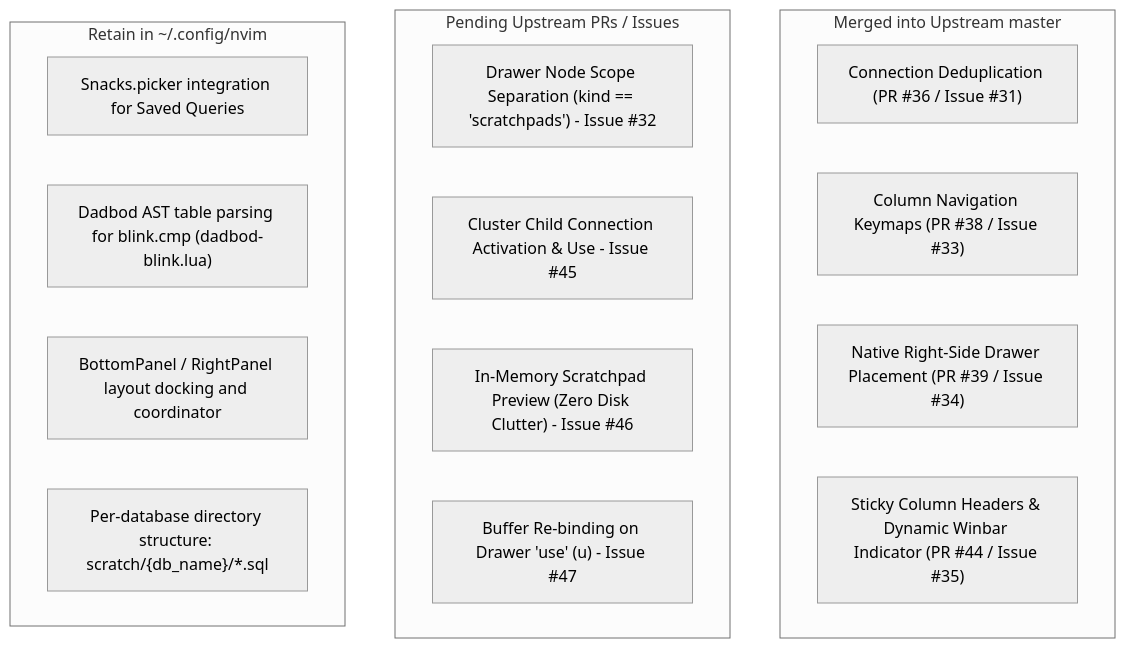
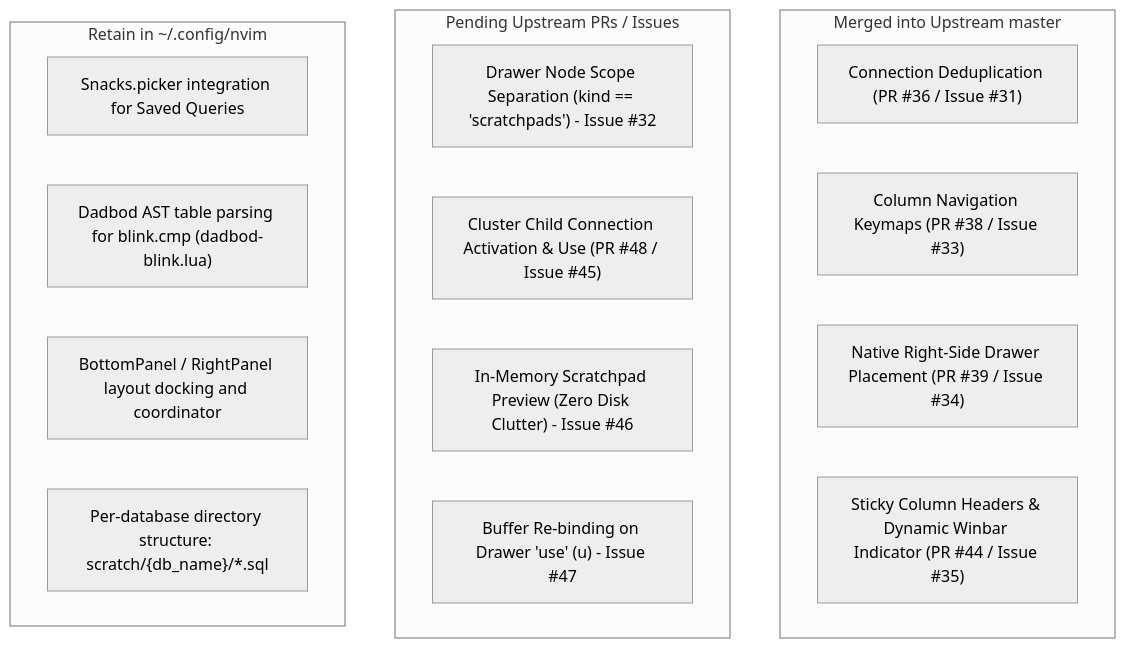
Before and after one commit to george-tk/nvim: the diagram in database_agent.md, drawn with Mermaid (neutral theme). The commit also changed other lines of this file, not shown here.

````diff
--- a/database_agent.md
+++ b/database_agent.md
@@ -34,23 +34,23 @@
 ```mermaid
 flowchart TD
     subgraph Resolved Upstream [Merged into Upstream master]
         A["Connection Deduplication (PR #36 / Issue #31)"]
         C["Column Navigation Keymaps (PR #38 / Issue #33)"]
         I["Native Right-Side Drawer Placement (PR #39 / Issue #34)"]
         D["Sticky Column Headers & Dynamic Winbar Indicator (PR #44 / Issue #35)"]
     end
 
     subgraph Upstream Candidates [Pending Upstream PRs / Issues]
         B["Drawer Node Scope Separation (kind == 'scratchpads') - Issue #32"]
-        J["Cluster Child Connection Activation & Use - Issue #45"]
+        J["Cluster Child Connection Activation & Use (PR #48 / Issue #45)"]
         K["In-Memory Scratchpad Preview (Zero Disk Clutter) - Issue #46"]
         L["Buffer Re-binding on Drawer 'use' (u) - Issue #47"]
     end
 
     subgraph User Config Integrations [Retain in ~/.config/nvim]
         E["Snacks.picker integration for Saved Queries"]
         F["Dadbod AST table parsing for blink.cmp (dadbod-blink.lua)"]
         G["BottomPanel / RightPanel layout docking and coordinator"]
         H["Per-database directory structure: scratch/{db_name}/*.sql"]
     end
 ```
````
